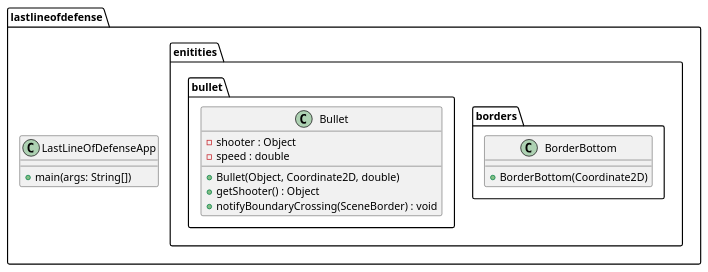
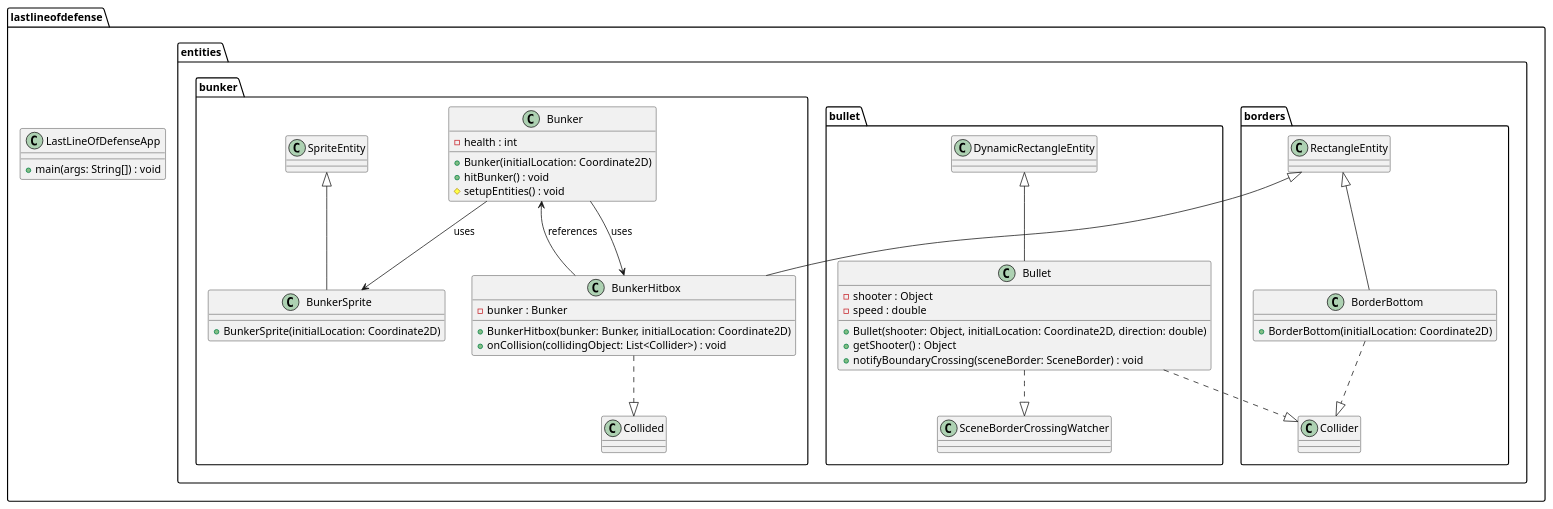
The diagram in src/main/java/lastlineofdefense/ClassDiagram.md (vermeulendevin/LastLineOfDefense), drawn with PlantUML before and after one commit.

Commit message:
Chaged: class diagram

````diff
--- a/src/main/java/lastlineofdefense/ClassDiagram.md
+++ b/src/main/java/lastlineofdefense/ClassDiagram.md
@@ -1,26 +1,57 @@
 ```plantuml
 @startuml
 package "lastlineofdefense" {
-  class "LastLineOfDefenseApp" {
-    + main(args: String[])
-  }
-  package "enitities" {
-    package "borders" {
-        class "BorderBottom" {
-            + BorderBottom(Coordinate2D)
-        }
+
+class LastLineOfDefenseApp {
++main(args: String[]) : void
+}
+
+package "entities.borders" {
+class BorderBottom {
++BorderBottom(initialLocation: Coordinate2D)
+}
+BorderBottom -up-|> RectangleEntity
+BorderBottom ..|> Collider
+}
+
+package "entities.bullet" {
+class Bullet {
+-shooter : Object
+-speed : double
++Bullet(shooter: Object, initialLocation: Coordinate2D, direction: double)
++getShooter() : Object
++notifyBoundaryCrossing(sceneBorder: SceneBorder) : void
+}
+Bullet -up-|> DynamicRectangleEntity
+Bullet ..|> SceneBorderCrossingWatcher
+Bullet ..|> Collider
+}
+
+package "entities.bunker" {
+class Bunker {
+-health : int
++Bunker(initialLocation: Coordinate2D)
++hitBunker() : void
+#setupEntities() : void
+}
+
+    class BunkerHitbox {
+      -bunker : Bunker
+      +BunkerHitbox(bunker: Bunker, initialLocation: Coordinate2D)
+      +onCollision(collidingObject: List<Collider>) : void
     }
-    package "bullet" {
-        class "Bullet" {
-            - shooter : Object
-            - speed : double
-            
-            + Bullet(Object, Coordinate2D, double)
-            + getShooter() : Object
-            + notifyBoundaryCrossing(SceneBorder) : void
-        }
+
+    class BunkerSprite {
+      +BunkerSprite(initialLocation: Coordinate2D)
     }
-  }
+
+    Bunker -down-> BunkerHitbox : uses
+    Bunker -down-> BunkerSprite : uses
+    BunkerHitbox --> Bunker : references
+    BunkerHitbox ..|> Collided
+    BunkerHitbox -up-|> RectangleEntity
+    BunkerSprite -up-|> SpriteEntity
+}
 }
 @enduml
 ```
````
